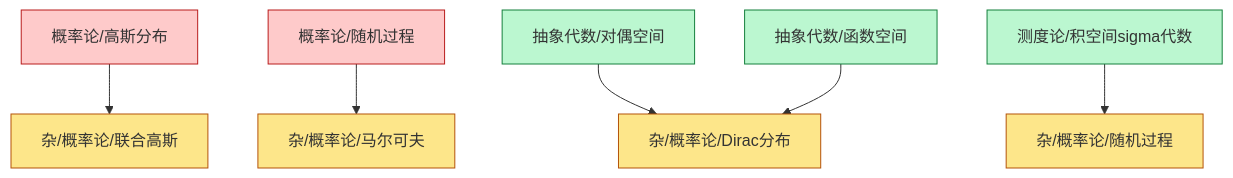
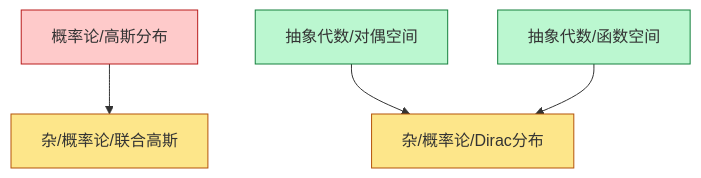
Before and after one commit to zeroDtree/zeroDtree.github.io: the diagram in content/杂/dependency_graph.md, drawn with Mermaid. The commit also changed 42 other files, not shown here.

````diff
--- a/content/杂/dependency_graph.md
+++ b/content/杂/dependency_graph.md
@@ -1,14 +1,12 @@
 ```mermaid
 graph TD
 1["概率论/高斯分布"] --> 0["杂/概率论/联合高斯"]
-3["概率论/随机过程"] --> 2["杂/概率论/马尔可夫"]
-5["抽象代数/对偶空间"] --> 4["杂/概率论/Dirac分布"]
-6["抽象代数/函数空间"] --> 4["杂/概率论/Dirac分布"]
-8["测度论/积空间sigma代数"] --> 7["杂/概率论/随机过程"]
+3["抽象代数/对偶空间"] --> 2["杂/概率论/Dirac分布"]
+4["抽象代数/函数空间"] --> 2["杂/概率论/Dirac分布"]
 classDef leaf fill:#fde68a,stroke:#b45309
-class 0,2,4,7 leaf
+class 0,2 leaf
 classDef externalRoot fill:#fecaca,stroke:#b91c1c
-class 1,3 externalRoot
+class 1 externalRoot
 classDef foundationRoot fill:#bbf7d0,stroke:#15803d
-class 5,6,8 foundationRoot
+class 3,4 foundationRoot
 ```
````
